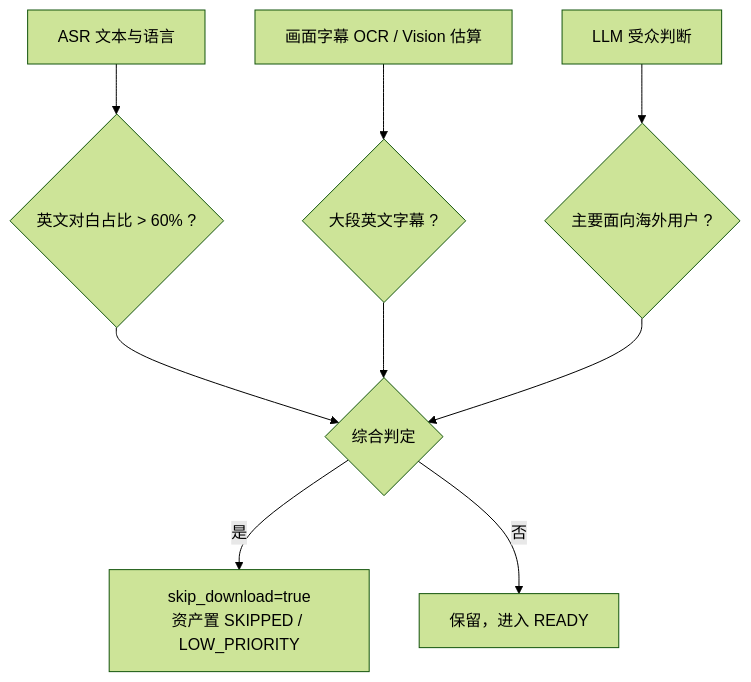
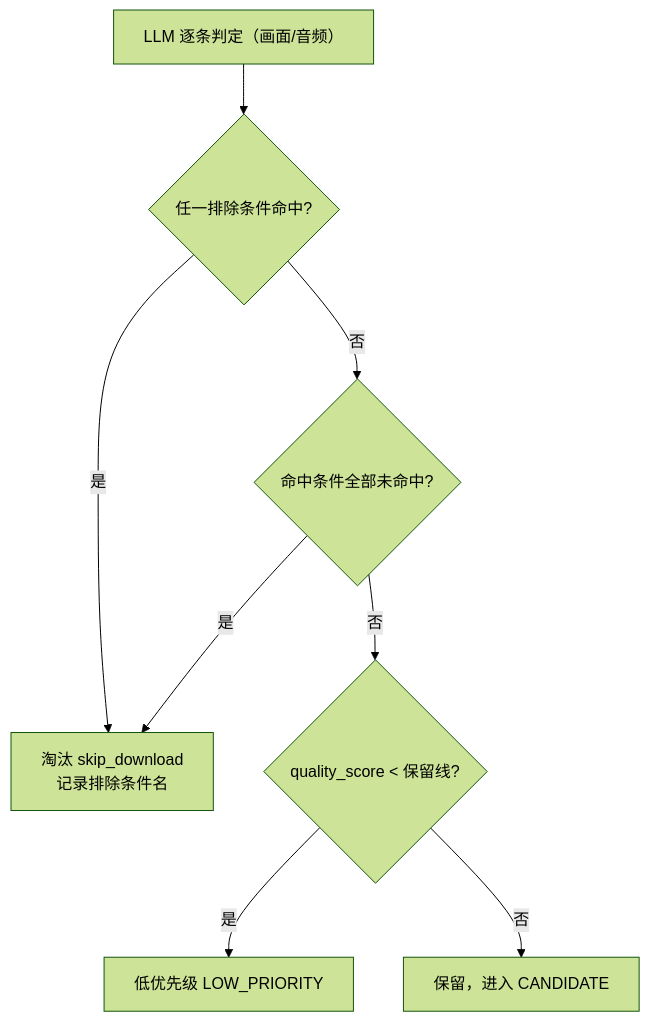
The third of 4 diagrams in docs/02-architecture.md (evachxji/build_douyin_acount), drawn with Mermaid (forest theme) before and after one commit. The commit also changed other lines of this file, not shown here.

Commit message:
docs: 更新 Filter Agent 筛选规则说明

````diff
--- a/docs/02-architecture.md
+++ b/docs/02-architecture.md
@@ -160,11 +160,10 @@
 ```mermaid
 flowchart TD
-    ASR["ASR 文本与语言"] --> D1{"英文对白占比 > 60% ?"}
-    OCR["画面字幕 OCR / Vision 估算"] --> D2{"大段英文字幕 ?"}
-    LLM["LLM 受众判断"] --> D3{"主要面向海外用户 ?"}
-    D1 --> F{综合判定}
-    D2 --> F
-    D3 --> F
-    F -->|是| SKIP["skip_download=true<br/>资产置 SKIPPED / LOW_PRIORITY"]
-    F -->|否| OK["保留，进入 READY"]
+    COND["LLM 逐条判定（画面/音频）"] --> E{"任一排除条件命中?"}
+    E -->|是| EX["淘汰 skip_download<br/>记录排除条件名"]
+    E -->|否| H{"命中条件全部未命中?"}
+    H -->|是| EX
+    H -->|否| Q{"quality_score < 保留线?"}
+    Q -->|是| LOW["低优先级 LOW_PRIORITY"]
+    Q -->|否| KEEP["保留，进入 CANDIDATE"]
 ```
````
